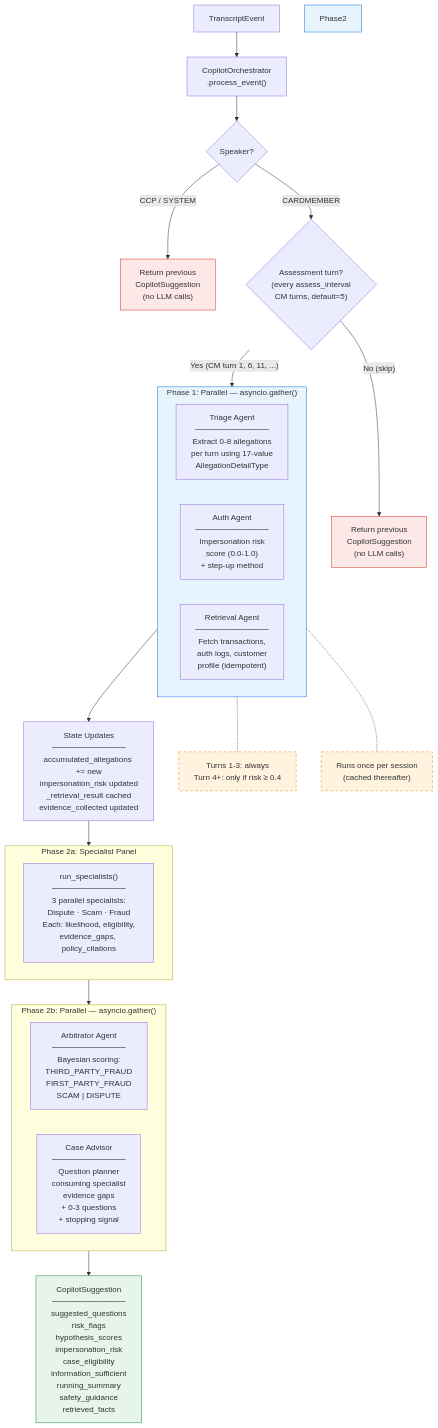
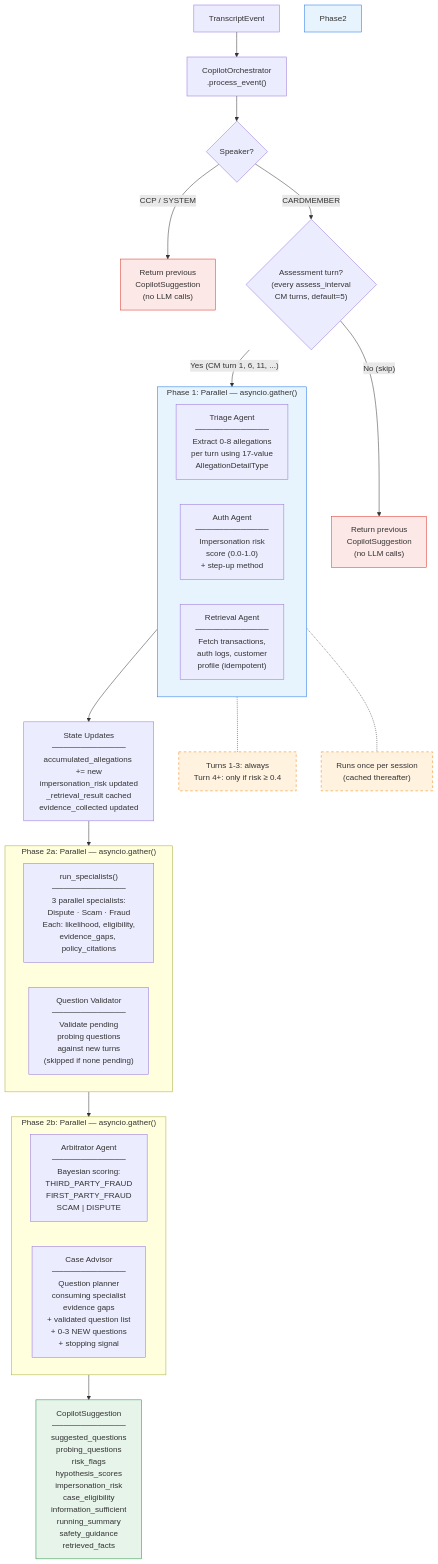
Before and after one commit to hjf1997/agentic_fraud_servicing: the diagram in doc/copilot-workflow.md, drawn with Mermaid. The commit also changed other lines of this file and 9 other files, not shown here.

First line of the commit message:
feat(copilot): add persistent probing question list with lifecycle tracking

````diff
--- a/doc/copilot-workflow.md
+++ b/doc/copilot-workflow.md
@@ -9,48 +9,50 @@
 ```mermaid
 flowchart TD
     Event["TranscriptEvent"] --> Orch["CopilotOrchestrator<br/>.process_event()"]
 
     Orch --> SpeakerCheck{Speaker?}
 
     SpeakerCheck -->|CCP / SYSTEM| ReturnPrev["Return previous<br/>CopilotSuggestion<br/>(no LLM calls)"]
     SpeakerCheck -->|CARDMEMBER| IntervalCheck
 
     IntervalCheck{"Assessment turn?<br/>(every assess_interval<br/>CM turns, default=5)"} -->|"No (skip)"| ReturnPrev2["Return previous<br/>CopilotSuggestion<br/>(no LLM calls)"]
     IntervalCheck -->|"Yes (CM turn 1, 6, 11, ...)"| Phase1
 
     subgraph Phase1["Phase 1: Parallel — asyncio.gather()"]
         direction LR
         Triage["Triage Agent<br/>─────────────<br/>Extract 0-8 allegations<br/>per turn using 17-value<br/>AllegationDetailType"]
         Auth["Auth Agent<br/>─────────────<br/>Impersonation risk<br/>score (0.0-1.0)<br/>+ step-up method"]
         Retrieval["Retrieval Agent<br/>─────────────<br/>Fetch transactions,<br/>auth logs, customer<br/>profile (idempotent)"]
     end
 
     Phase1 --> StateUpdate["State Updates<br/>─────────────<br/>accumulated_allegations += new<br/>impersonation_risk updated<br/>_retrieval_result cached<br/>evidence_collected updated"]
 
     StateUpdate --> Phase2a
 
-    subgraph Phase2a["Phase 2a: Specialist Panel"]
+    subgraph Phase2a["Phase 2a: Parallel — asyncio.gather()"]
+        direction LR
         Specs["run_specialists()<br/>─────────────<br/>3 parallel specialists:<br/>Dispute · Scam · Fraud<br/>Each: likelihood, eligibility,<br/>evidence_gaps, policy_citations"]
+        QValidator["Question Validator<br/>─────────────<br/>Validate pending<br/>probing questions<br/>against new turns<br/>(skipped if none pending)"]
     end
 
     Phase2a --> Phase2b
 
     subgraph Phase2b["Phase 2b: Parallel — asyncio.gather()"]
         direction LR
         Arb["Arbitrator Agent<br/>─────────────<br/>Bayesian scoring:<br/>THIRD_PARTY_FRAUD<br/>FIRST_PARTY_FRAUD<br/>SCAM | DISPUTE"]
-        CaseAdv["Case Advisor<br/>─────────────<br/>Question planner<br/>consuming specialist<br/>evidence gaps<br/>+ 0-3 questions<br/>+ stopping signal"]
+        CaseAdv["Case Advisor<br/>─────────────<br/>Question planner<br/>consuming specialist<br/>evidence gaps<br/>+ validated question list<br/>+ 0-3 NEW questions<br/>+ stopping signal"]
     end
 
-    Phase2b --> Output["CopilotSuggestion<br/>─────────────<br/>suggested_questions<br/>risk_flags<br/>hypothesis_scores<br/>impersonation_risk<br/>case_eligibility<br/>information_sufficient<br/>running_summary<br/>safety_guidance<br/>retrieved_facts"]
+    Phase2b --> Output["CopilotSuggestion<br/>─────────────<br/>suggested_questions<br/>probing_questions<br/>risk_flags<br/>hypothesis_scores<br/>impersonation_risk<br/>case_eligibility<br/>information_sufficient<br/>running_summary<br/>safety_guidance<br/>retrieved_facts"]
 
     Auth -.- AuthNote["Turns 1-3: always<br/>Turn 4+: only if risk ≥ 0.4"]
     Retrieval -.- RetrNote["Runs once per session<br/>(cached thereafter)"]
 
     style Phase1 fill:#e8f4fd,stroke:#1a73e8
     style Phase2 fill:#e8f4fd,stroke:#1a73e8
     style Output fill:#e6f4ea,stroke:#1e8e3e
     style ReturnPrev fill:#fce8e6,stroke:#d93025
     style ReturnPrev2 fill:#fce8e6,stroke:#d93025
     style AuthNote fill:#fff3e0,stroke:#f57c00,stroke-dasharray: 5 5
     style RetrNote fill:#fff3e0,stroke:#f57c00,stroke-dasharray: 5 5
 ```
````
